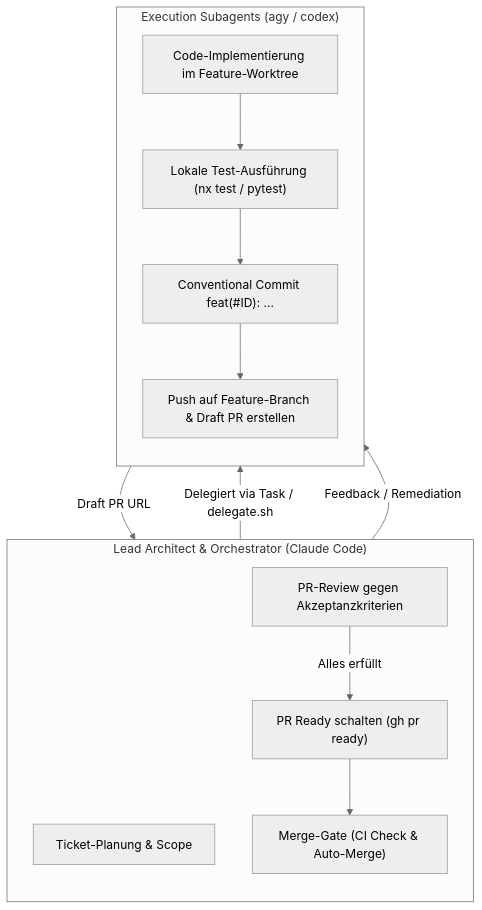
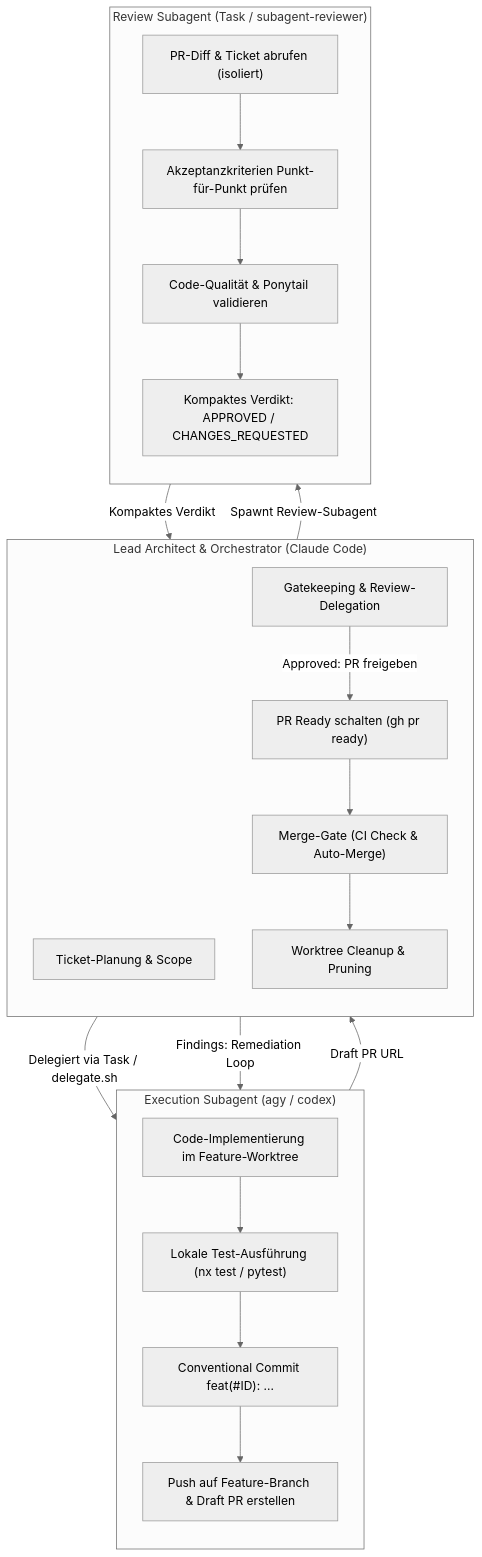
One commit to tihofman/agent-hq changed the diagram in docs/concepts/orchestrator-skill.md. Above: the diagram before and after it, drawn with Mermaid (neutral theme). The commit also changed other lines of this file and 1 other file, not shown here.

````diff
--- a/docs/concepts/orchestrator-skill.md
+++ b/docs/concepts/orchestrator-skill.md
@@ -23,25 +23,38 @@
 ```mermaid
 flowchart TD
     subgraph Lead ["Lead Architect & Orchestrator (Claude Code)"]
         direction TB
         L1["Ticket-Planung & Scope"]
-        L2["PR-Review gegen Akzeptanzkriterien"]
+        L2["Gatekeeping & Review-Delegation"]
         L3["PR Ready schalten (gh pr ready)"]
         L4["Merge-Gate (CI Check & Auto-Merge)"]
+        L5["Worktree Cleanup & Pruning"]
     end
 
-    subgraph Worker ["Execution Subagents (agy / codex)"]
+    subgraph Worker ["Execution Subagent (agy / codex)"]
         direction TB
         W1["Code-Implementierung im Feature-Worktree"]
         W2["Lokale Test-Ausführung (nx test / pytest)"]
         W3["Conventional Commit feat(#ID): ..."]
         W4["Push auf Feature-Branch & Draft PR erstellen"]
     end
 
+    subgraph Reviewer ["Review Subagent (Task / subagent-reviewer)"]
+        direction TB
+        R1["PR-Diff & Ticket abrufen (isoliert)"]
+        R2["Akzeptanzkriterien Punkt-für-Punkt prüfen"]
+        R3["Code-Qualität & Ponytail validieren"]
+        R4["Kompaktes Verdikt: APPROVED / CHANGES_REQUESTED"]
+    end
+
     L1 -->|Delegiert via Task / delegate.sh| W1
     W1 --> W2 --> W3 --> W4
     W4 -->|Draft PR URL| L2
-    L2 -->|Feedback / Remediation| W1
-    L2 -->|Alles erfüllt| L3
+    L2 -->|Spawnt Review-Subagent| R1
+    R1 --> R2 --> R3 --> R4
+    R4 -->|Kompaktes Verdikt| L2
+    L2 -->|Findings: Remediation Loop| W1
+    L2 -->|Approved: PR freigeben| L3
     L3 --> L4
+    L4 --> L5
 ```
````
